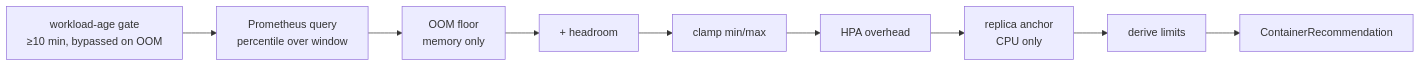
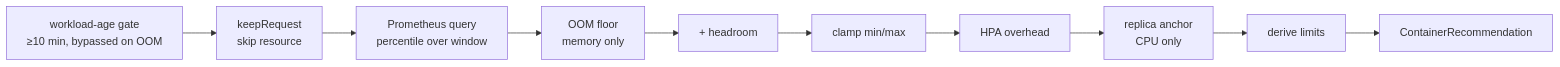
One commit to noony/k8s-sustain changed the diagram in docs/concepts/recommendation-pipeline.md. Above: the diagram before and after it, drawn with Mermaid. The commit also changed other lines of this file and 56 other files, not shown here.

Commit message:
docs: audit fixes, drift guards and cert-manager-by-default chart (#150)

````diff
--- a/docs/concepts/recommendation-pipeline.md
+++ b/docs/concepts/recommendation-pipeline.md
@@ -47,11 +53,11 @@
 ```mermaid
 flowchart LR
-    G[workload-age gate<br/>≥10 min, bypassed on OOM] --> Q[Prometheus query<br/>percentile over window]
+    G[workload-age gate<br/>≥10 min, bypassed on OOM] --> K[keepRequest<br/>skip resource] --> Q[Prometheus query<br/>percentile over window]
     Q --> F[OOM floor<br/>memory only]
     F --> H[+ headroom]
     H --> C[clamp min/max]
     C --> O[HPA overhead]
     O --> R[replica anchor<br/>CPU only]
     R --> L[derive limits]
     L --> OUT[ContainerRecommendation]
 ```
````
